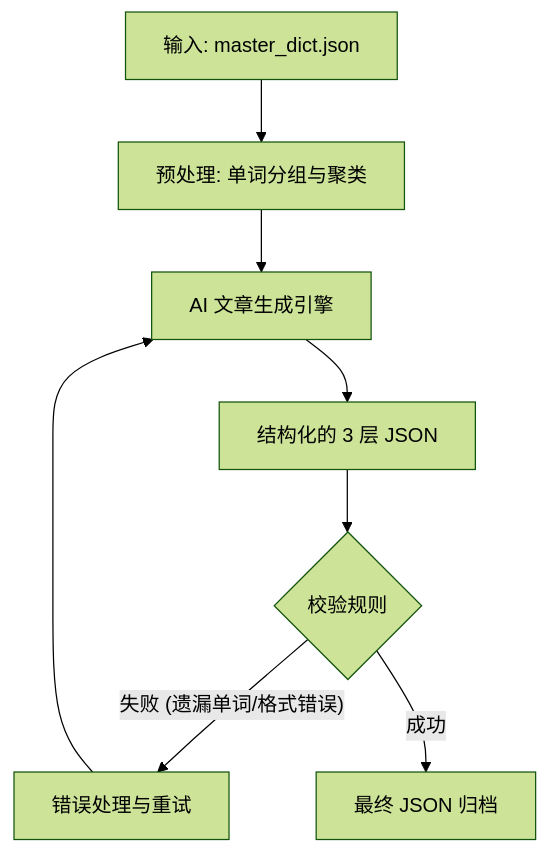
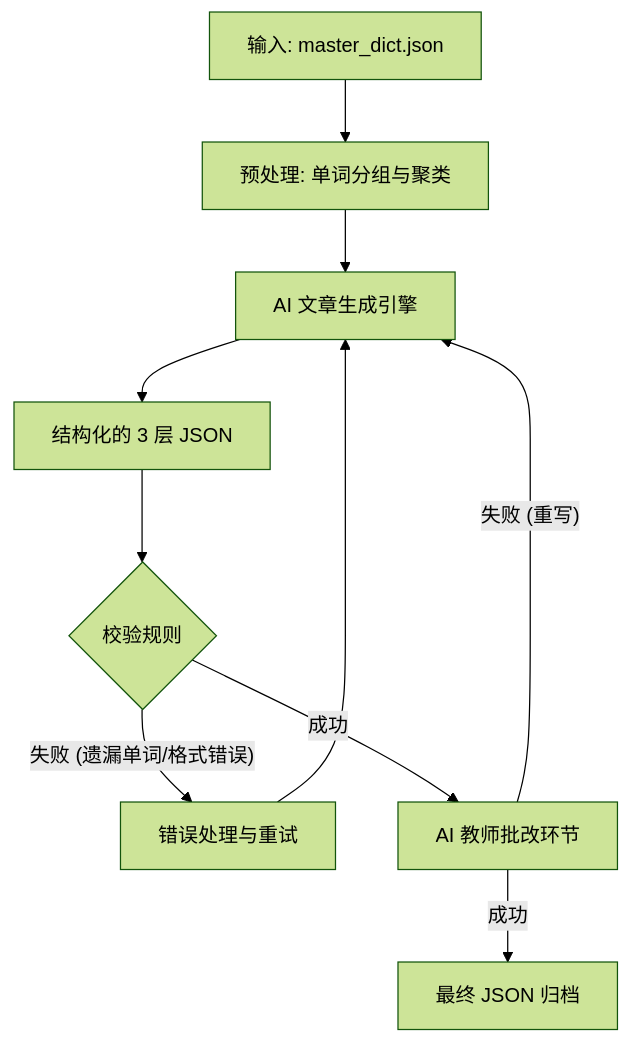
The diagram in docs/SPEC_02_ARTICLE_GENERATION_ZH.md (biogerm/language-learner), drawn with Mermaid (forest theme) before and after one commit. The commit also changed other lines of this file, not shown here.

````diff
--- a/docs/SPEC_02_ARTICLE_GENERATION_ZH.md
+++ b/docs/SPEC_02_ARTICLE_GENERATION_ZH.md
@@ -18,10 +12,12 @@
 ```mermaid
 graph TD
     A[输入: master_dict.json] --> B[预处理: 单词分组与聚类]
     B --> C[AI 文章生成引擎]
     C --> D[结构化的 3 层 JSON]
     D --> E{校验规则}
     E -- 失败 (遗漏单词/格式错误) --> F[错误处理与重试]
     F --> C
-    E -- 成功 --> G[最终 JSON 归档]
+    E -- 成功 --> G[AI 教师批改环节]
+    G -- 失败 (重写) --> C
+    G -- 成功 --> H[最终 JSON 归档]
 ```
````
